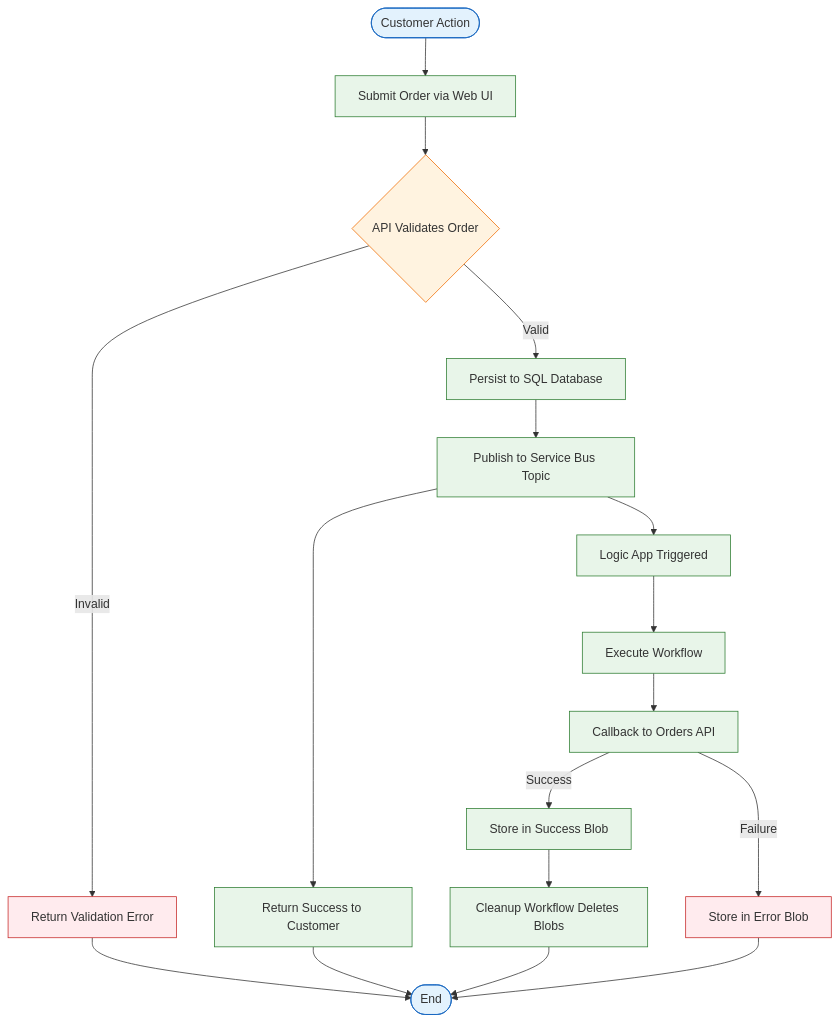
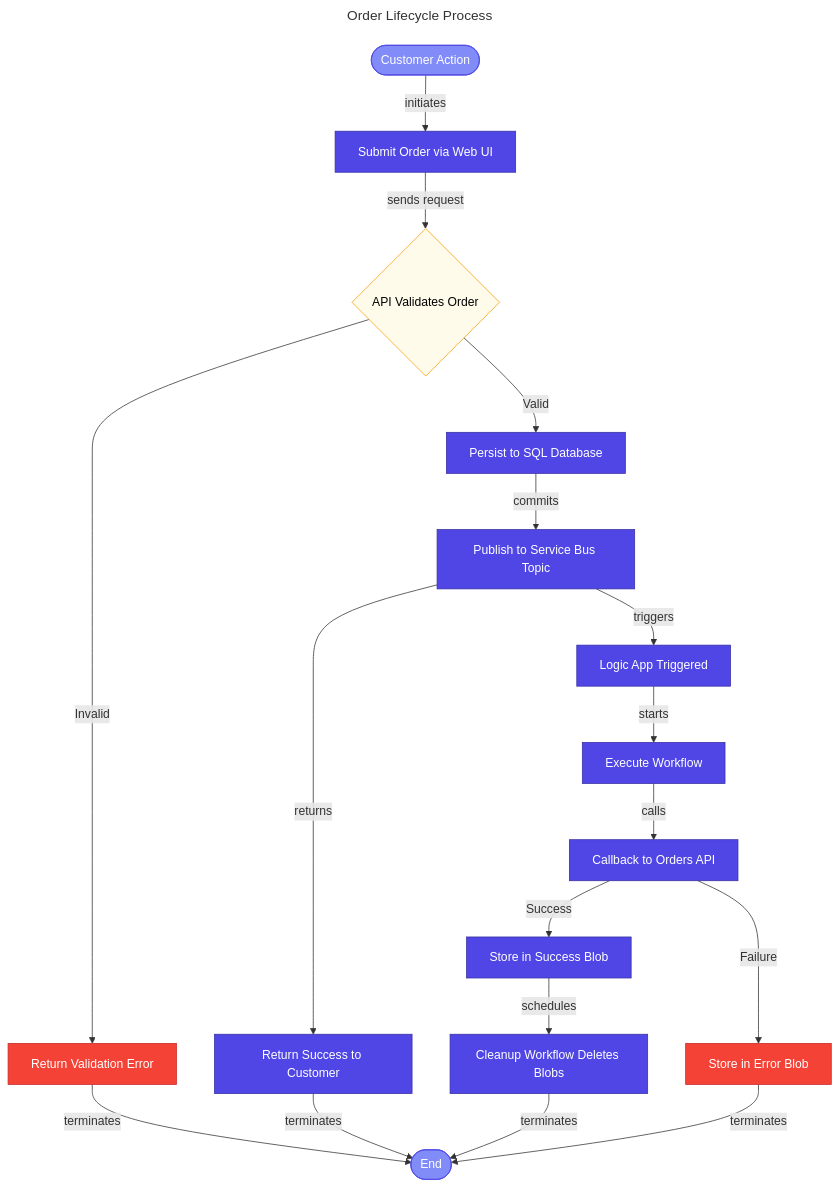
Before and after one commit to Evilazaro/Azure-LogicApps-Monitoring: the third of 3 diagrams in docs/architecture/01-business-architecture.md, drawn with Mermaid. The commit also changed other lines of this file, not shown here.

Commit message:
feat: Enhance order fulfillment and lifecycle process diagrams with improved flow and styling

````diff
--- a/docs/architecture/01-business-architecture.md
+++ b/docs/architecture/01-business-architecture.md
@@ -192,36 +217,61 @@
 ```mermaid
+---
+title: Order Lifecycle Process
+---
 flowchart TD
-    Start([Customer Action]) --> Submit[Submit Order via Web UI]
-    Submit --> Validate{API Validates Order}
+    %% ===== START =====
+    Start(["Customer Action"])
 
-    Validate -->|Valid| Persist[Persist to SQL Database]
-    Validate -->|Invalid| Reject[Return Validation Error]
+    %% ===== MAIN FLOW =====
+    Submit["Submit Order via Web UI"]
+    Validate{"API Validates Order"}
+    Persist["Persist to SQL Database"]
+    Reject["Return Validation Error"]
+    Publish["Publish to Service Bus Topic"]
+    Acknowledge["Return Success to Customer"]
+    Trigger["Logic App Triggered"]
+    Process["Execute Workflow"]
+    CallAPI["Callback to Orders API"]
+    StoreSuccess["Store in Success Blob"]
+    StoreError["Store in Error Blob"]
+    Cleanup["Cleanup Workflow Deletes Blobs"]
 
-    Persist --> Publish[Publish to Service Bus Topic]
-    Publish --> Acknowledge[Return Success to Customer]
+    %% ===== END =====
+    EndNode(["End"])
 
-    Publish --> Trigger[Logic App Triggered]
-    Trigger --> Process[Execute Workflow]
-    Process --> CallAPI[Callback to Orders API]
+    %% ===== CONNECTIONS =====
+    Start -->|"initiates"| Submit
+    Submit -->|"sends request"| Validate
 
-    CallAPI -->|Success| StoreSuccess[Store in Success Blob]
-    CallAPI -->|Failure| StoreError[Store in Error Blob]
+    Validate -->|"Valid"| Persist
+    Validate -->|"Invalid"| Reject
 
-    StoreSuccess --> Cleanup[Cleanup Workflow Deletes Blobs]
+    Persist -->|"commits"| Publish
+    Publish -->|"returns"| Acknowledge
+    Publish -->|"triggers"| Trigger
 
-    Reject --> End([End])
-    Acknowledge --> End
-    Cleanup --> End
-    StoreError --> End
+    Trigger -->|"starts"| Process
+    Process -->|"calls"| CallAPI
 
-    classDef start fill:#e3f2fd,stroke:#1565c0
-    classDef process fill:#e8f5e9,stroke:#2e7d32
-    classDef decision fill:#fff3e0,stroke:#ef6c00
-    classDef error fill:#ffebee,stroke:#c62828
-    classDef endpoint fill:#f3e5f5,stroke:#7b1fa2
+    CallAPI -->|"Success"| StoreSuccess
+    CallAPI -->|"Failure"| StoreError
 
-    class Start,End start
-    class Submit,Persist,Publish,Acknowledge,Trigger,Process,CallAPI,StoreSuccess,Cleanup process
+    StoreSuccess -->|"schedules"| Cleanup
+
+    Reject -->|"terminates"| EndNode
+    Acknowledge -->|"terminates"| EndNode
+    Cleanup -->|"terminates"| EndNode
+    StoreError -->|"terminates"| EndNode
+
+    %% ===== STYLES - NODE CLASSES =====
+    classDef trigger fill:#818CF8,stroke:#4F46E5,color:#FFFFFF
+    classDef primary fill:#4F46E5,stroke:#3730A3,color:#FFFFFF
+    classDef decision fill:#FFFBEB,stroke:#F59E0B,color:#000000
+    classDef failed fill:#F44336,stroke:#C62828,color:#FFFFFF
+
+    %% ===== CLASS ASSIGNMENTS =====
+    class Start,EndNode trigger
+    class Submit,Persist,Publish,Acknowledge,Trigger,Process,CallAPI,StoreSuccess,Cleanup primary
     class Validate decision
-    class Reject,StoreError error
+    class Reject,StoreError failed
 ```
````
